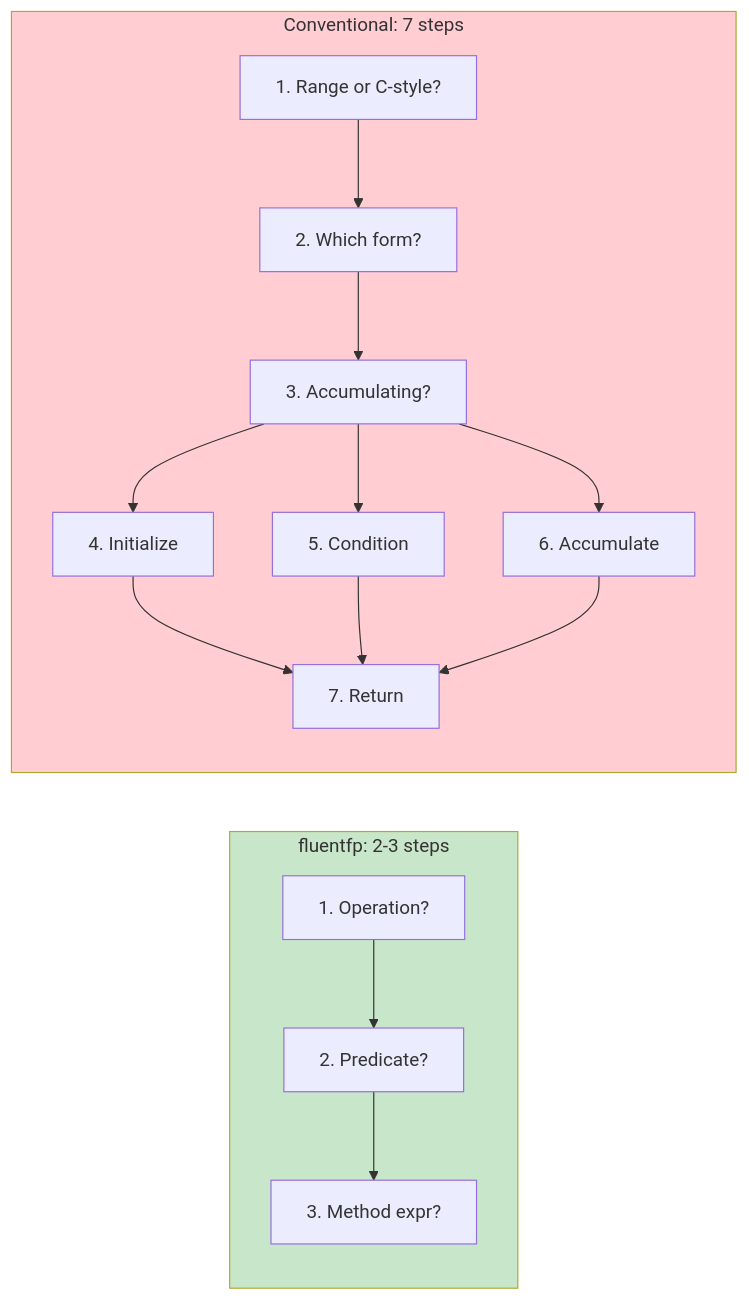
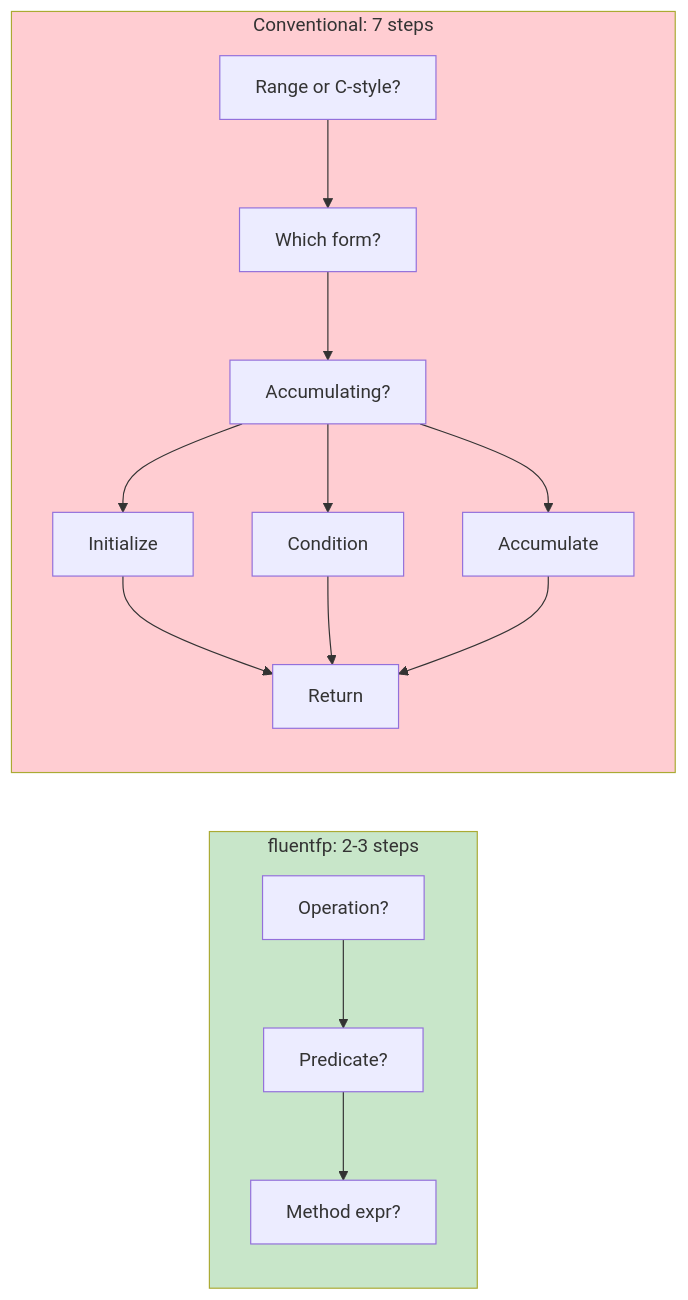
One commit to binaryphile/fluentfp changed the third of 4 diagrams in analysis.md. Above: the diagram before and after it, drawn with Mermaid.

Commit message:
Remove list prefixes from mermaid diagram labels
"1. Operation?" → "Operation?" to fix markdown parsing error

🤖 Generated with [Claude Code](https://claude.com/claude-code)

````diff
--- a/analysis.md
+++ b/analysis.md
@@ -62,20 +62,20 @@
 ```mermaid
 flowchart LR
     subgraph fluentfp["fluentfp: 2-3 steps"]
-        F1["1. Operation?"] --> F2["2. Predicate?"]
-        F2 --> F3["3. Method expr?"]
+        F1["Operation?"] --> F2["Predicate?"]
+        F2 --> F3["Method expr?"]
     end
 
     subgraph Conventional["Conventional: 7 steps"]
-        C1["1. Range or C-style?"] --> C2["2. Which form?"] --> C3["3. Accumulating?"]
-        C3 --> C4["4. Initialize"]
-        C3 --> C5["5. Condition"]
-        C3 --> C6["6. Accumulate"]
-        C4 --> C7["7. Return"]
+        C1["Range or C-style?"] --> C2["Which form?"] --> C3["Accumulating?"]
+        C3 --> C4["Initialize"]
+        C3 --> C5["Condition"]
+        C3 --> C6["Accumulate"]
+        C4 --> C7["Return"]
         C5 --> C7
         C6 --> C7
     end
 
     style fluentfp fill:#c8e6c9
     style Conventional fill:#ffcdd2
 ```
````
